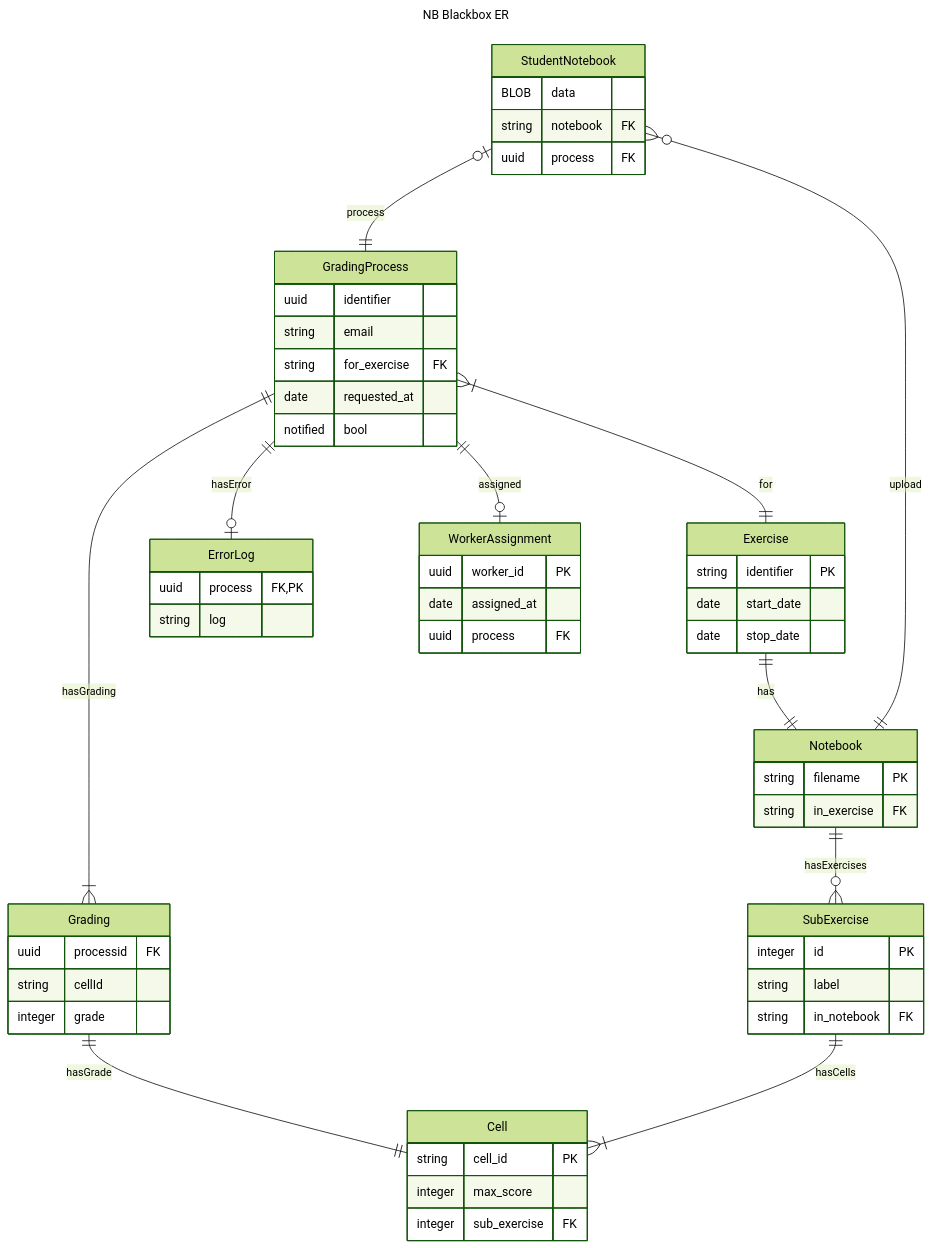
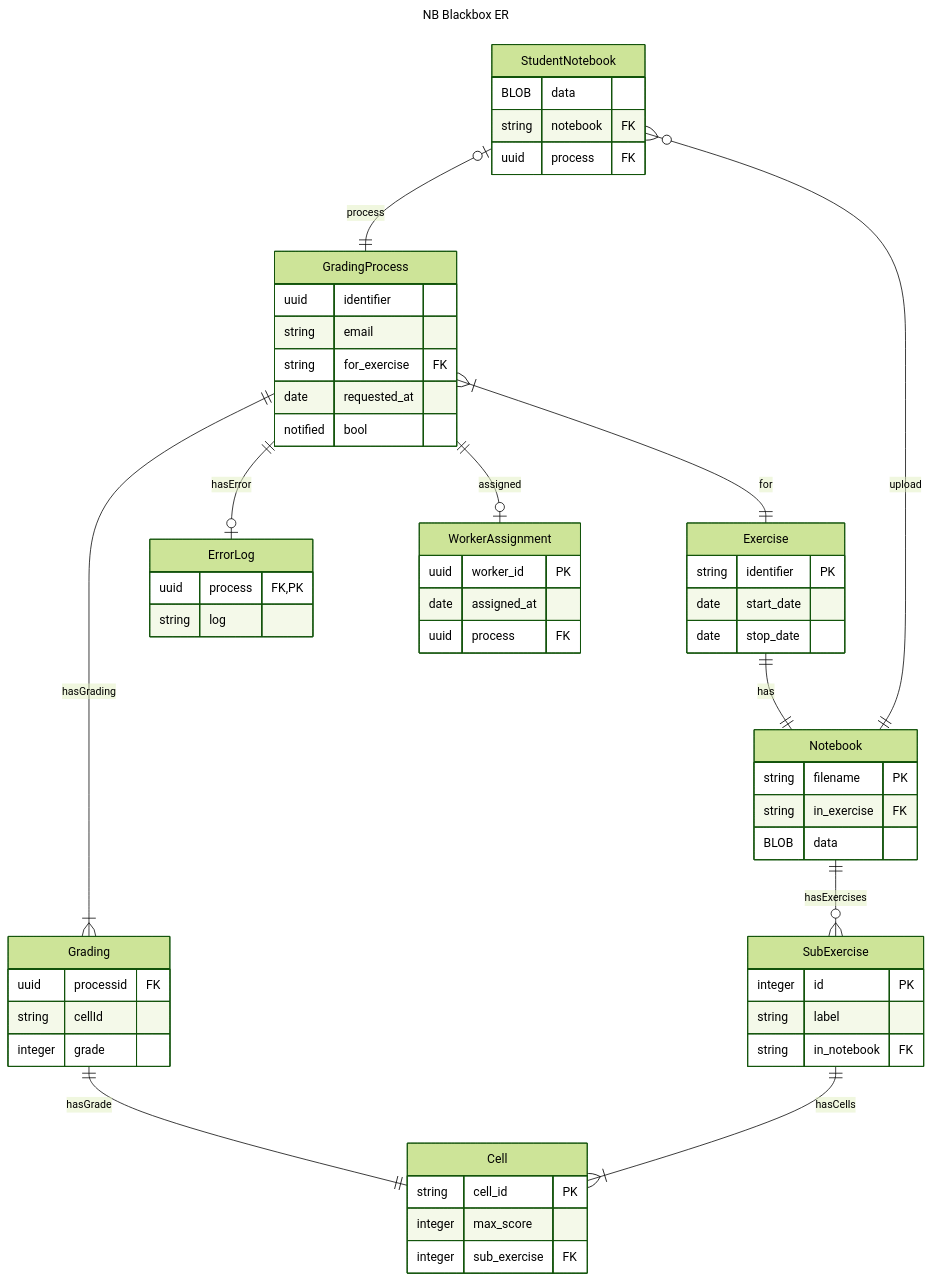
The diagram in datamodel.md (RWTH-DBIS/Ampelgrader), drawn with Mermaid (forest theme) before and after one commit.

Commit message:
add data blob to the upload notebook

````diff
--- a/datamodel.md
+++ b/datamodel.md
@@ -3,73 +3,75 @@
 ```mermaid
 ---
 title: NB Blackbox ER
 ---
 
 erDiagram
     Exercise {
         string identifier PK
         date start_date
         date stop_date
     }
+
     Notebook {
         string filename PK
         string in_exercise FK
+        BLOB data
     }
     
     SubExercise {
         integer id PK
         string label
         string in_notebook FK
     }
     
     Cell {
         string cell_id PK
         integer max_score
         integer sub_exercise FK
     }
     
     GradingProcess {
         uuid identifier
         string email
         string for_exercise FK
         date requested_at
         notified bool
     }
     
     Grading {
         uuid processid FK
         string cellId
         integer grade
     }
     
     ErrorLog {
         uuid process FK,PK
         string log
     }
     
     WorkerAssignment {
         uuid worker_id PK
         date assigned_at
         uuid process FK
     }
     
     StudentNotebook {
         BLOB data
         string notebook FK
         uuid process FK
     }
         
     Exercise ||--|| Notebook: has
     GradingProcess }|--|| Exercise: for
     GradingProcess ||--|{ Grading: hasGrading
     GradingProcess ||--o| ErrorLog: hasError
     
     Grading ||--|| Cell: hasGrade
 
     Notebook ||--o{ SubExercise: hasExercises
     SubExercise ||--|{ Cell: hasCells
 
     GradingProcess ||--o| WorkerAssignment: assigned
     StudentNotebook }o--|| Notebook: upload
     StudentNotebook |o--|| GradingProcess: process
 ```
````
